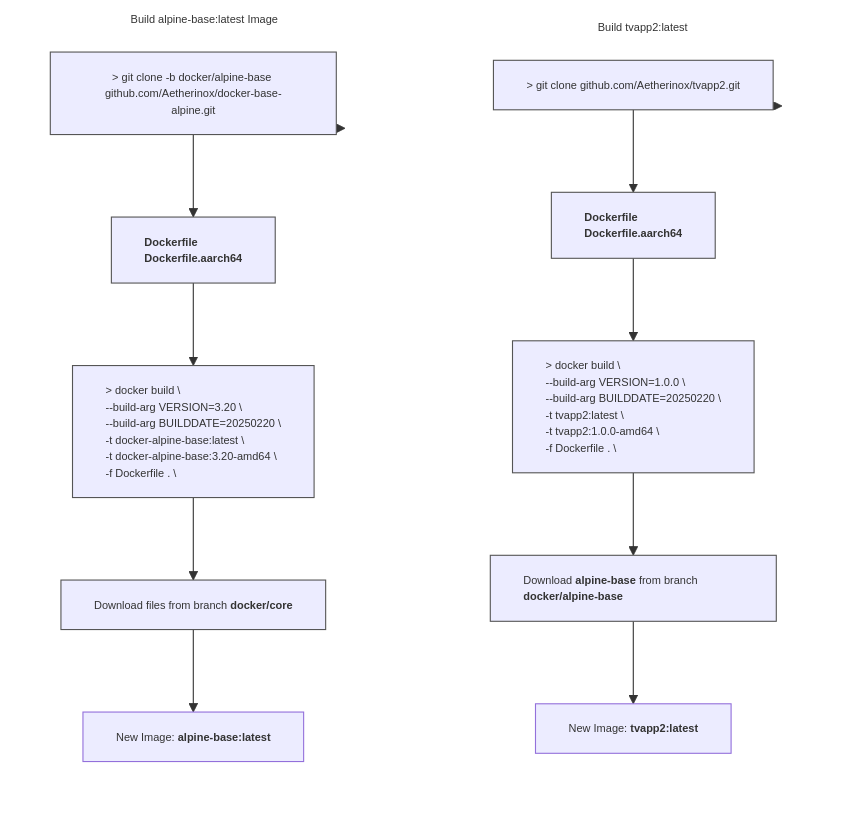
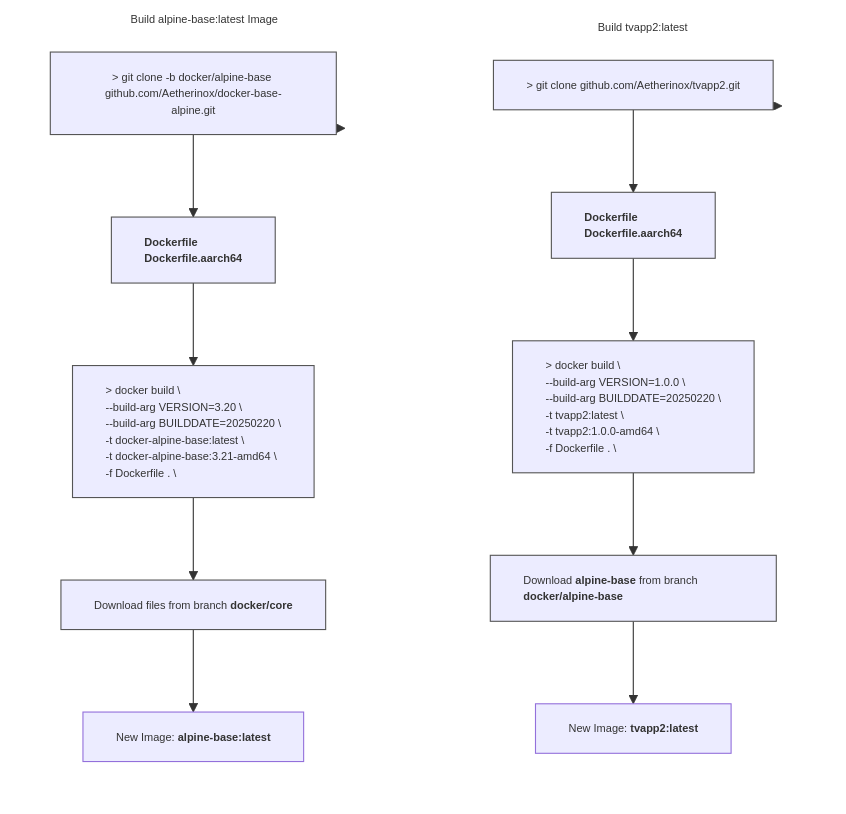
Before and after one commit to aetherinox/docker-base-alpine: the diagram in README.md, drawn with Mermaid. The commit also changed other lines of this file, not shown here.

Commit message:
docs(readme): update docker build commands

````diff
--- a/README.md
+++ b/README.md
@@ -228,51 +316,51 @@
 ```mermaid
 %%{init: { 'themeVariables': { 'fontSize': '10px' }}}%%
 flowchart TB
 
 subgraph GRAPH_TVAPP ["Build tvapp2:latest"]
     direction TB
     obj_step10["`&gt; git clone github.com/Aetherinox/tvapp2.git`"]
     obj_step11["`**Dockerfile
      Dockerfile.aarch64**`"]
     obj_step12["`&gt; docker build &bsol;
     --build-arg VERSION=1.0.0 &bsol;
     --build-arg BUILDDATE=20250220 &bsol;
     -t tvapp2:latest &bsol;
     -t tvapp2:1.0.0-amd64 &bsol;
     -f Dockerfile . &bsol;`"]
     obj_step13["`Download **alpine-base** from branch **docker/alpine-base**`"]
     obj_step14["`New Image: **tvapp2:latest**`"]
 
     style obj_step10 text-align:center,stroke-width:1px,stroke:#555
     style obj_step11 text-align:left,stroke-width:1px,stroke:#555
     style obj_step12 text-align:left,stroke-width:1px,stroke:#555
     style obj_step13 text-align:left,stroke-width:1px,stroke:#555
 end
 
 style GRAPH_TVAPP text-align:center,stroke-width:1px,stroke:transparent,fill:transparent
 
 subgraph GRAPH_ALPINE["Build alpine-base:latest Image"]
 direction TB
     obj_step20["`&gt; git clone -b docker/alpine-base github.com/Aetherinox/docker-base-alpine.git`"]
     obj_step21["`**Dockerfile
      Dockerfile.aarch64**`"]
     obj_step22["`&gt; docker build &bsol;
     --build-arg VERSION=3.20 &bsol;
     --build-arg BUILDDATE=20250220 &bsol;
     -t docker-alpine-base:latest &bsol;
-    -t docker-alpine-base:3.20-amd64 &bsol;
+    -t docker-alpine-base:3.21-amd64 &bsol;
     -f Dockerfile . &bsol;`"]
     obj_step23["`Download files from branch **docker/core**`"]
     obj_step24["`New Image: **alpine-base:latest**`"]
 
     style obj_step20 text-align:center,stroke-width:1px,stroke:#555
     style obj_step21 text-align:left,stroke-width:1px,stroke:#555
     style obj_step22 text-align:left,stroke-width:1px,stroke:#555
     style obj_step23 text-align:left,stroke-width:1px,stroke:#555
 end
 
 style GRAPH_ALPINE text-align:center,stroke-width:1px,stroke:transparent,fill:transparent
 
 GRAPH_TVAPP --> obj_step10 --> obj_step11 --> obj_step12 --> obj_step13 --> obj_step14
 GRAPH_ALPINE --> obj_step20 --> obj_step21 --> obj_step22 --> obj_step23 --> obj_step24
 ```
````
